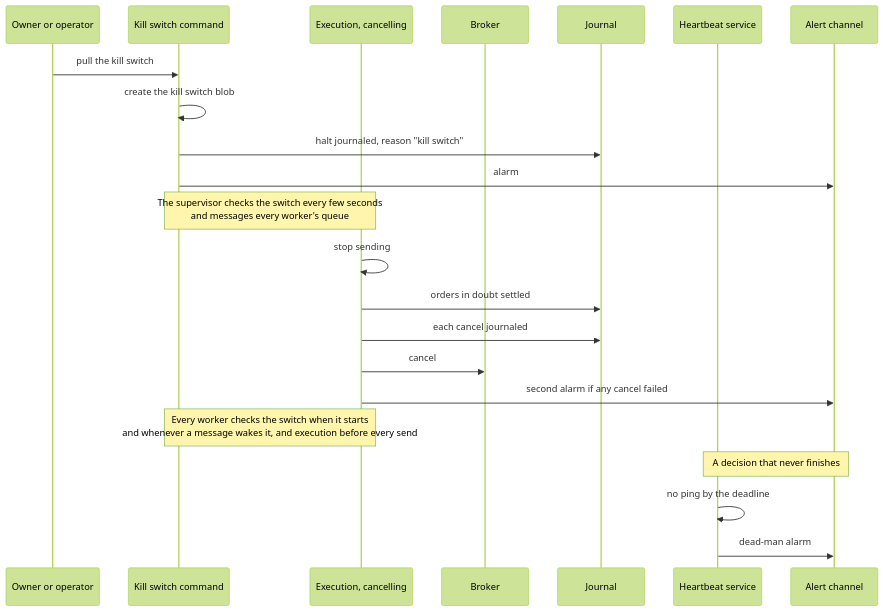
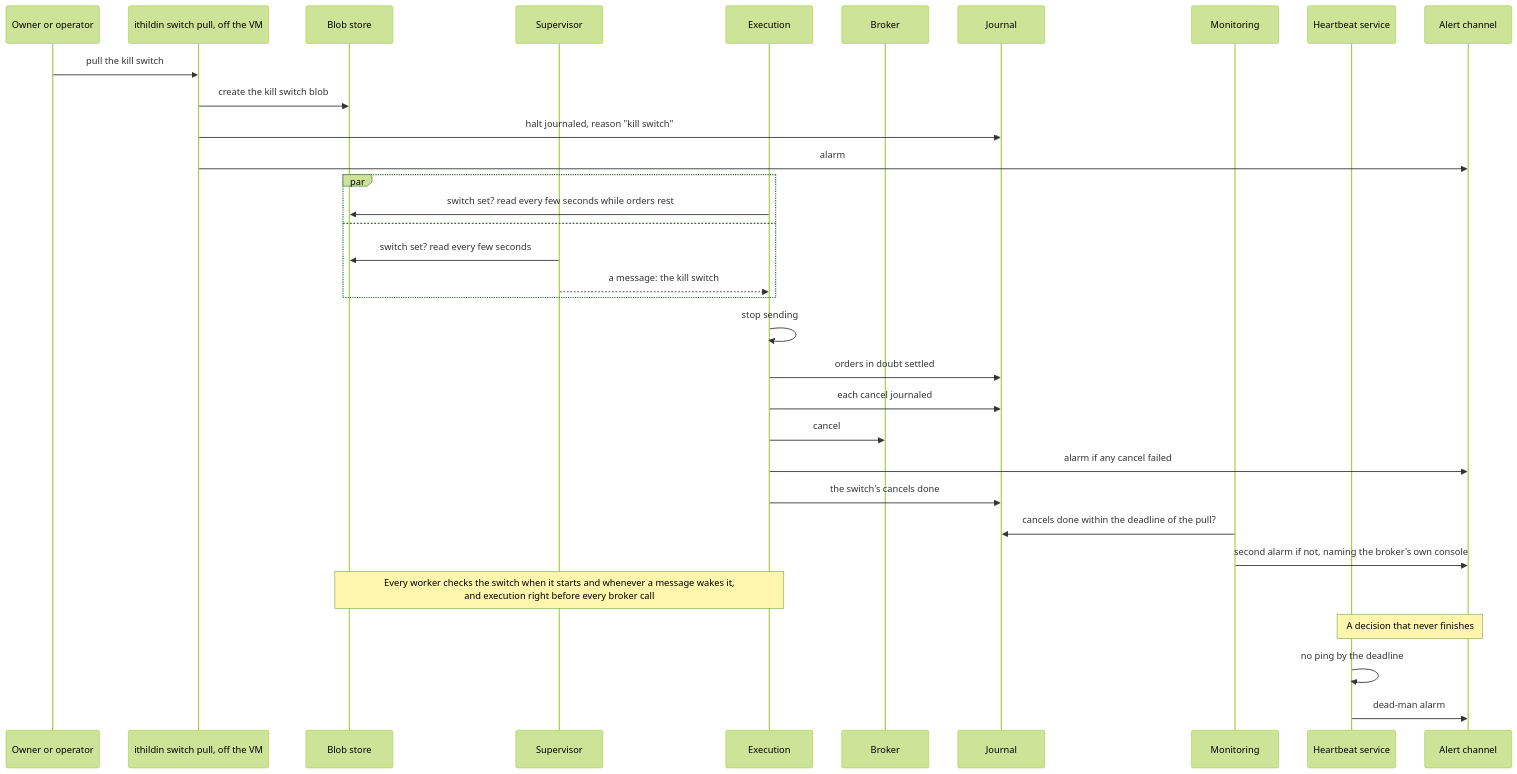
Before and after one commit to l3a0/ithildin-runtime: the ninth of 16 diagrams in docs/architecture.md, drawn with Mermaid (forest theme). The commit also changed other lines of this file and 2 other files, not shown here.

First line of the commit message:
docs(architecture): scrub the diagrams and prose against the latest design

````diff
--- a/docs/architecture.md
+++ b/docs/architecture.md
@@ -828,26 +824,37 @@
 ```mermaid
 sequenceDiagram
     participant P as Owner or operator
-    participant K as Kill switch command
-    participant X as Execution, cancelling
+    participant K as ithildin switch pull, off the VM
+    participant F as Blob store
+    participant V as Supervisor
+    participant X as Execution
     participant B as Broker
     participant J as Journal
+    participant M as Monitoring
     participant H as Heartbeat service
     participant A as Alert channel
 
     P->>K: pull the kill switch
-    K->>K: create the kill switch blob
+    K->>F: create the kill switch blob
     K->>J: halt journaled, reason "kill switch"
     K->>A: alarm
-    Note over K,X: The supervisor checks the switch every few seconds<br/>and messages every worker's queue
+    par
+        X->>F: switch set? read every few seconds while orders rest
+    and
+        V->>F: switch set? read every few seconds
+        V-->>X: a message: the kill switch
+    end
     X->>X: stop sending
     X->>J: orders in doubt settled
     X->>J: each cancel journaled
     X->>B: cancel
-    X->>A: second alarm if any cancel failed
-    Note over K,X: Every worker checks the switch when it starts<br/>and whenever a message wakes it, and execution before every send
+    X->>A: alarm if any cancel failed
+    X->>J: the switch's cancels done
+    M->>J: cancels done within the deadline of the pull?
+    M->>A: second alarm if not, naming the broker's own console
+    Note over F,X: Every worker checks the switch when it starts and whenever a message wakes it,<br/>and execution right before every broker call
 
     Note over H,A: A decision that never finishes
     H->>H: no ping by the deadline
     H->>A: dead-man alarm
 ```
````
